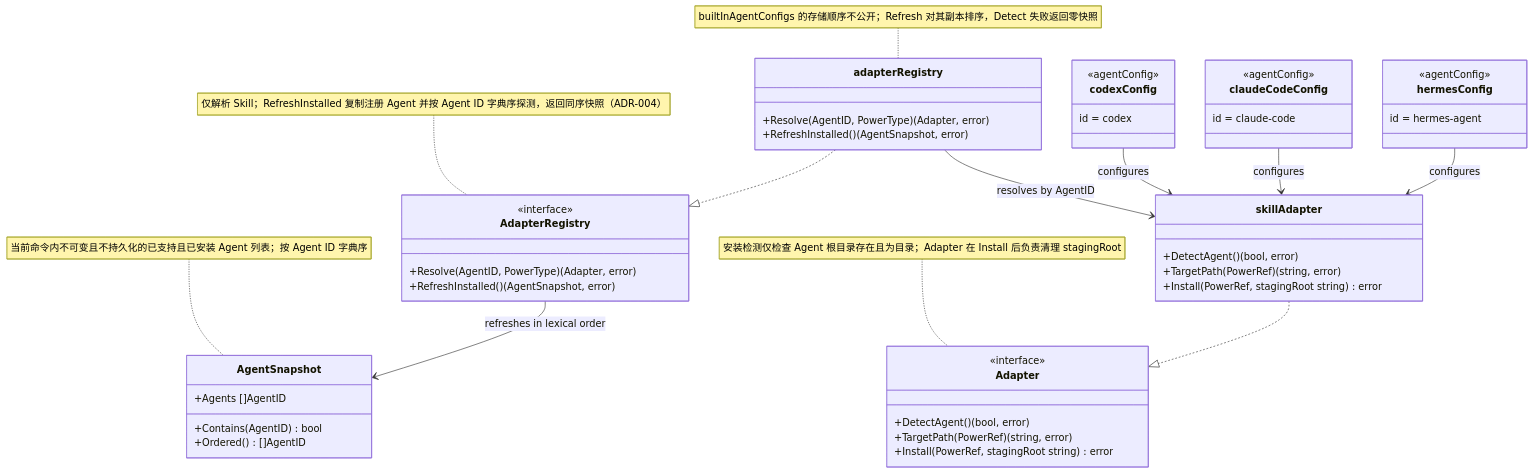
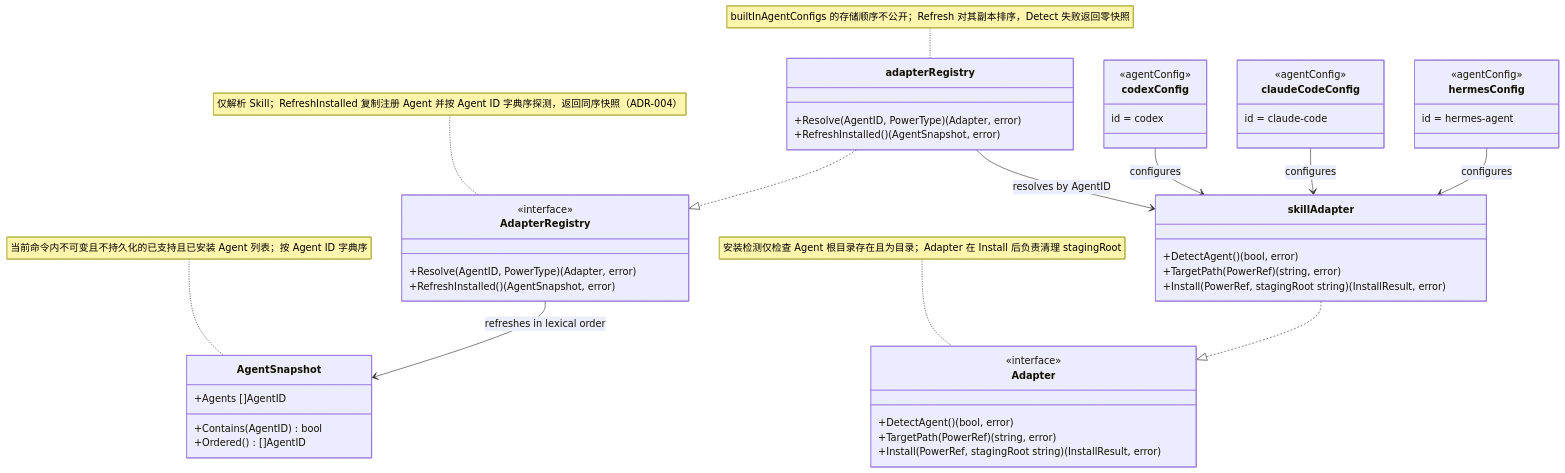
The diagram in ivory-tower/c4/components/apm-cli-diagrams/adapter-registry.mmd (spacemit-com/agent-power-manager), drawn with Mermaid before and after one commit. The commit also changed 6 other files, not shown here.

```diff
--- a/ivory-tower/c4/components/apm-cli-diagrams/adapter-registry.mmd
+++ b/ivory-tower/c4/components/apm-cli-diagrams/adapter-registry.mmd
@@ -1,55 +1,55 @@
 classDiagram
     note for AdapterRegistry "仅解析 Skill；RefreshInstalled 复制注册 Agent 并按 Agent ID 字典序探测，返回同序快照（ADR-004）"
     class AdapterRegistry {
         <<interface>>
         +Resolve(AgentID, PowerType) (Adapter, error)
         +RefreshInstalled() (AgentSnapshot, error)
     }
 
     note for Adapter "安装检测仅检查 Agent 根目录存在且为目录；Adapter 在 Install 后负责清理 stagingRoot"
     class Adapter {
         <<interface>>
         +DetectAgent() (bool, error)
         +TargetPath(PowerRef) (string, error)
-        +Install(PowerRef, stagingRoot string) error
+        +Install(PowerRef, stagingRoot string) (InstallResult, error)
     }
 
     note for AgentSnapshot "当前命令内不可变且不持久化的已支持且已安装 Agent 列表；按 Agent ID 字典序"
     class AgentSnapshot {
         +Agents []AgentID
         +Contains(AgentID) bool
         +Ordered() []AgentID
     }
 
     note for adapterRegistry "builtInAgentConfigs 的存储顺序不公开；Refresh 对其副本排序，Detect 失败返回零快照"
     class adapterRegistry {
         +Resolve(AgentID, PowerType) (Adapter, error)
         +RefreshInstalled() (AgentSnapshot, error)
     }
 
     class skillAdapter {
         +DetectAgent() (bool, error)
         +TargetPath(PowerRef) (string, error)
-        +Install(PowerRef, stagingRoot string) error
+        +Install(PowerRef, stagingRoot string) (InstallResult, error)
     }
 
     class codexConfig {
         <<agentConfig>>
         id = codex
     }
     class claudeCodeConfig {
         <<agentConfig>>
         id = claude-code
     }
     class hermesConfig {
         <<agentConfig>>
         id = hermes-agent
     }
 
     adapterRegistry ..|> AdapterRegistry
     adapterRegistry --> skillAdapter : resolves by AgentID
     AdapterRegistry --> AgentSnapshot : refreshes in lexical order
     skillAdapter ..|> Adapter
     codexConfig --> skillAdapter : configures
     claudeCodeConfig --> skillAdapter : configures
     hermesConfig --> skillAdapter : configures
```
